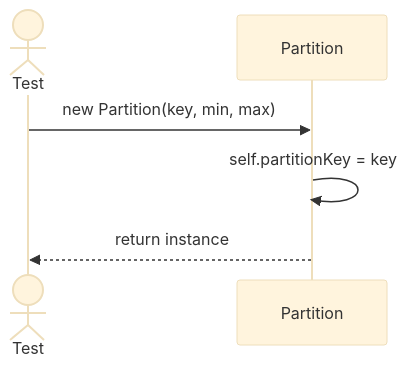
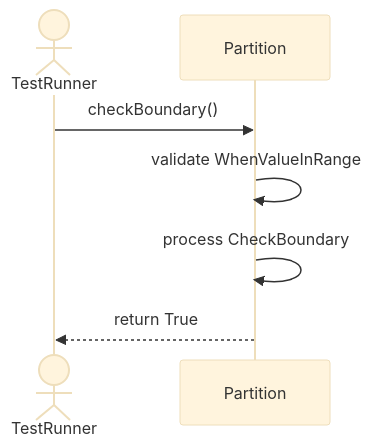
Before and after one commit to TamBui1706/DBMS: the second of 5 diagrams in Sequences/DatabaseObjectManagement/Partition.md, drawn with Mermaid (base theme). The commit also changed other lines of this file and 63 other files, not shown here.

Commit message:
Draw sequence diagram for unit tests

````diff
--- a/Sequences/DatabaseObjectManagement/Partition.md
+++ b/Sequences/DatabaseObjectManagement/Partition.md
@@ -14,9 +32,9 @@
 ```mermaid
 sequenceDiagram
-    actor Test
+    actor TestRunner
     participant Partition
-
-    Test->>Partition: new Partition(key, min, max)
-    Partition->>Partition: self.partitionKey = key
-    Partition-->>Test: return instance
+    TestRunner->>Partition: checkBoundary()
+    Partition->>Partition: validate WhenValueInRange
+    Partition->>Partition: process CheckBoundary
+    Partition-->>TestRunner: return True
 ```
````
